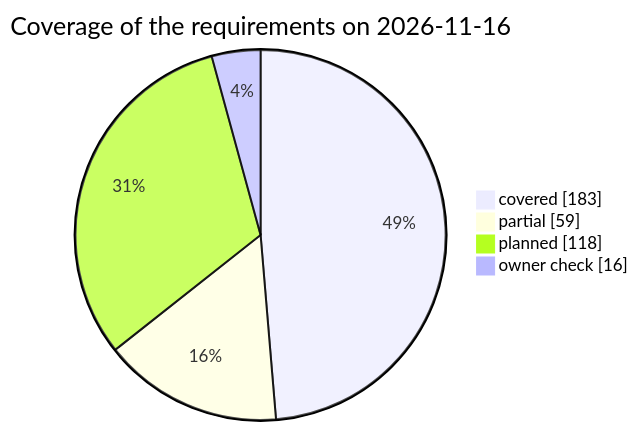
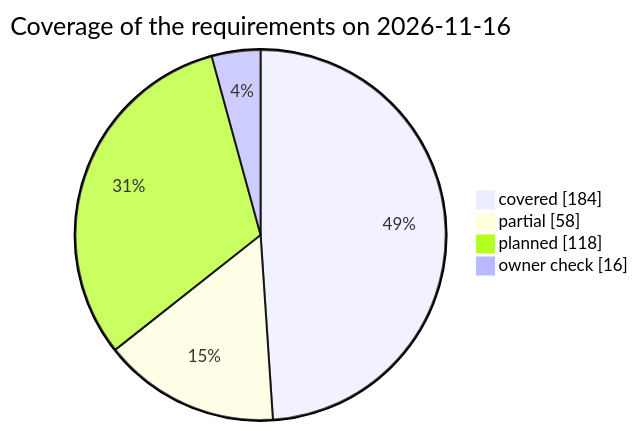
The third of 3 diagrams in docs/test-plan.md (qa-io-vn/fnb-manager), drawn with Mermaid before and after one commit. The commit also changed other lines of this file and 29 other files, not shown here.

````diff
--- a/docs/test-plan.md
+++ b/docs/test-plan.md
@@ -873,8 +874,8 @@
 ```mermaid
 pie showData
     title Coverage of the requirements on 2026-11-16
-    "covered" : 183
-    "partial" : 59
+    "covered" : 184
+    "partial" : 58
     "planned" : 118
     "owner check" : 16
 ```
````
